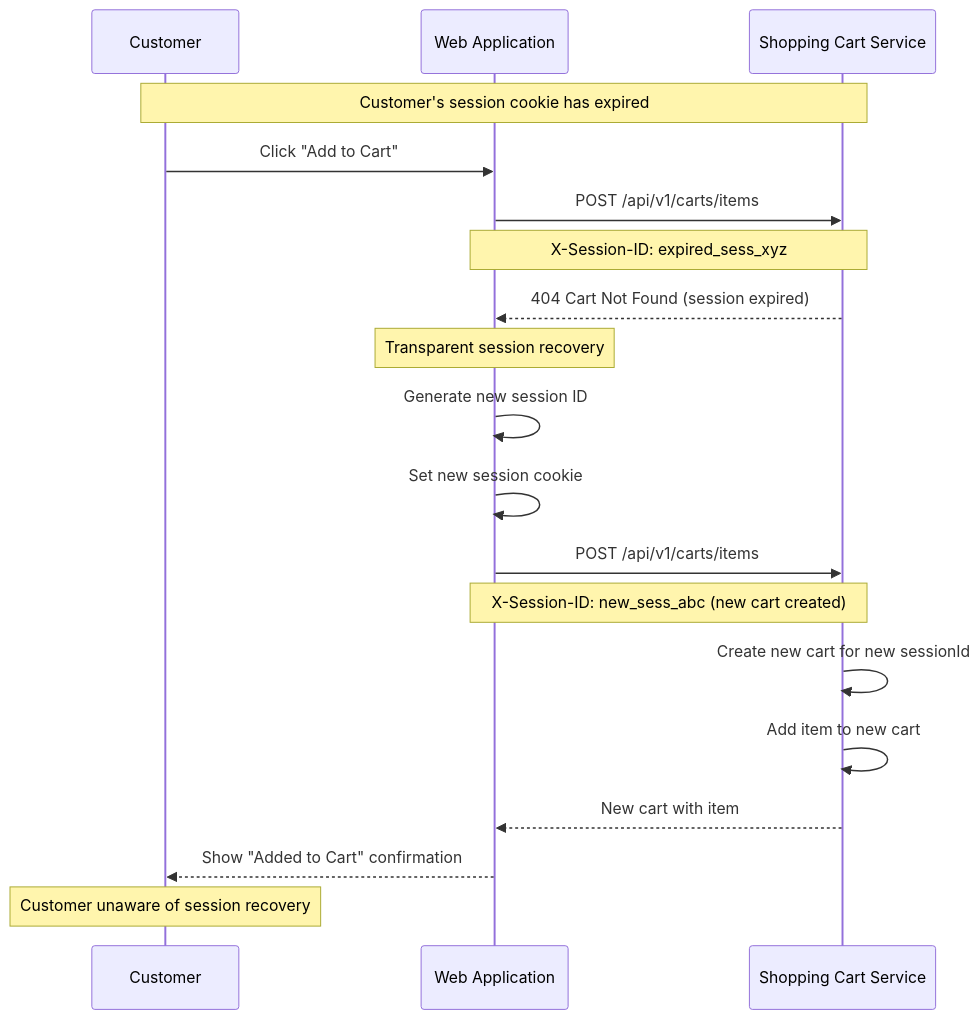
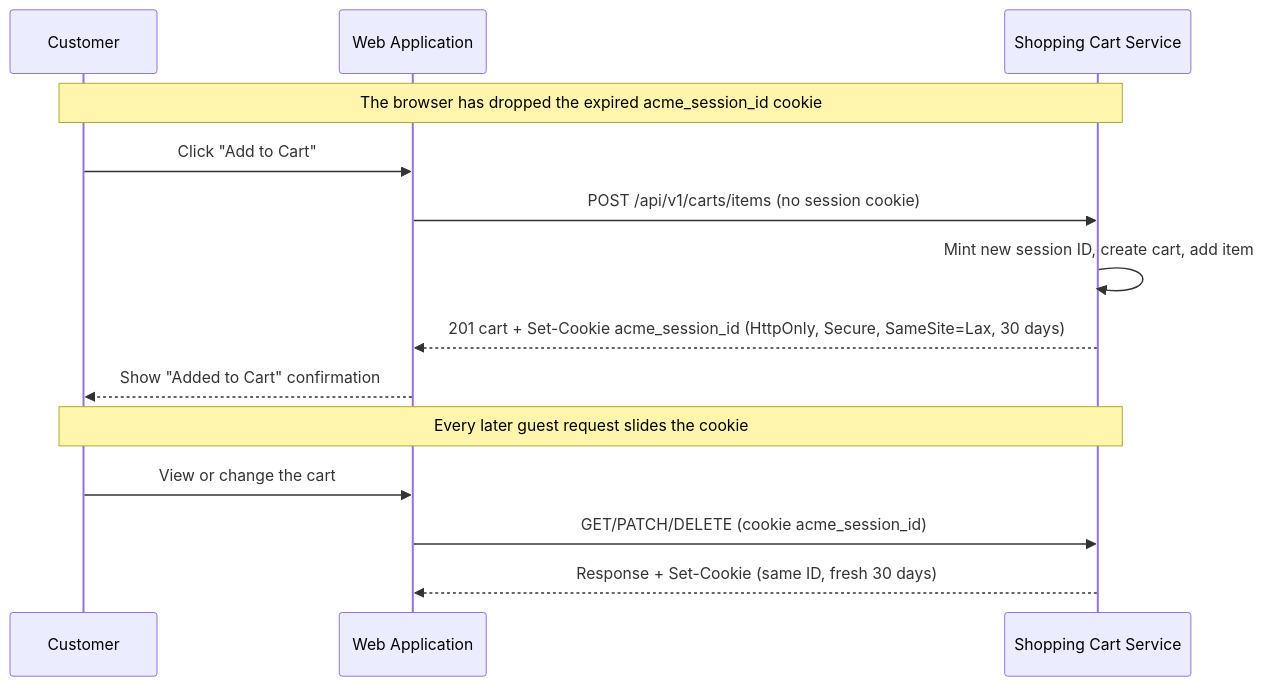
The diagram in documentation/user-stories/0004-customer-shopping-experience/US-0004-12-cart-session-recovery.md (cebartling/acme-inc-2026), drawn with Mermaid before and after one commit. The commit also changed other lines of this file and 14 other files, not shown here.

First line of the commit message:
feat(cart): recover expired cart sessions and slide the cookie (PIN-268) (#137)

````diff
--- a/documentation/user-stories/0004-customer-shopping-experience/US-0004-12-cart-session-recovery.md
+++ b/documentation/user-stories/0004-customer-shopping-experience/US-0004-12-cart-session-recovery.md
@@ -33,27 +41,20 @@
 ```mermaid
 sequenceDiagram
     participant CU as Customer
     participant WA as Web Application
     participant SC as Shopping Cart Service
 
-    Note over CU,SC: Customer's session cookie has expired
+    Note over CU,SC: The browser has dropped the expired acme_session_id cookie
 
     CU->>WA: Click "Add to Cart"
-    WA->>SC: POST /api/v1/carts/items
-    Note over WA,SC: X-Session-ID: expired_sess_xyz
+    WA->>SC: POST /api/v1/carts/items (no session cookie)
+    SC->>SC: Mint new session ID, create cart, add item
+    SC-->>WA: 201 cart + Set-Cookie acme_session_id (HttpOnly, Secure, SameSite=Lax, 30 days)
+    WA-->>CU: Show "Added to Cart" confirmation
 
-    SC-->>WA: 404 Cart Not Found (session expired)
+    Note over CU,SC: Every later guest request slides the cookie
 
-    Note over WA: Transparent session recovery
-    WA->>WA: Generate new session ID
-    WA->>WA: Set new session cookie
-
-    WA->>SC: POST /api/v1/carts/items
-    Note over WA,SC: X-Session-ID: new_sess_abc (new cart created)
-    SC->>SC: Create new cart for new sessionId
-    SC->>SC: Add item to new cart
-    SC-->>WA: New cart with item
-
-    WA-->>CU: Show "Added to Cart" confirmation
-    Note over CU: Customer unaware of session recovery
+    CU->>WA: View or change the cart
+    WA->>SC: GET/PATCH/DELETE (cookie acme_session_id)
+    SC-->>WA: Response + Set-Cookie (same ID, fresh 30 days)
 ```
````
